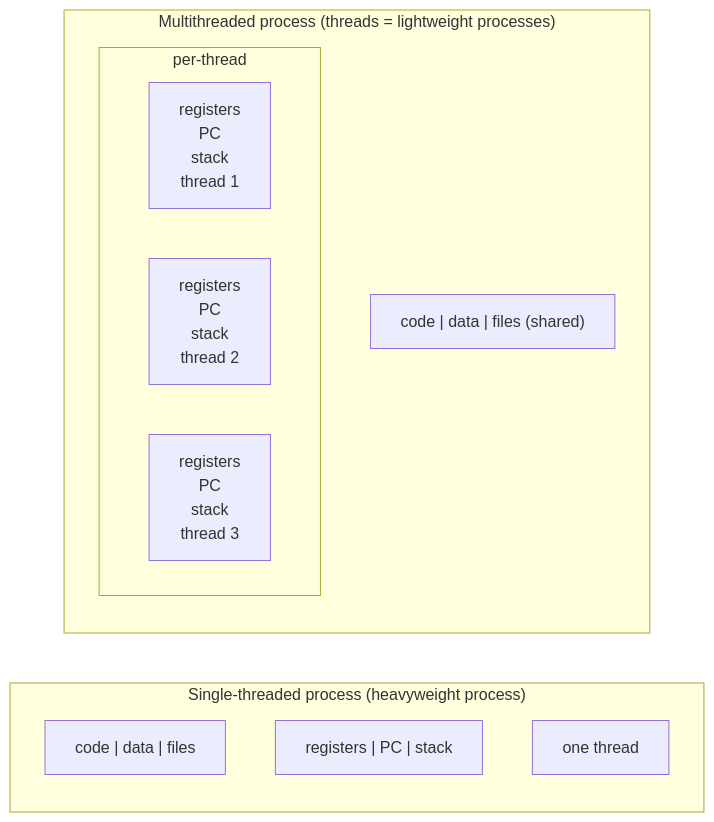
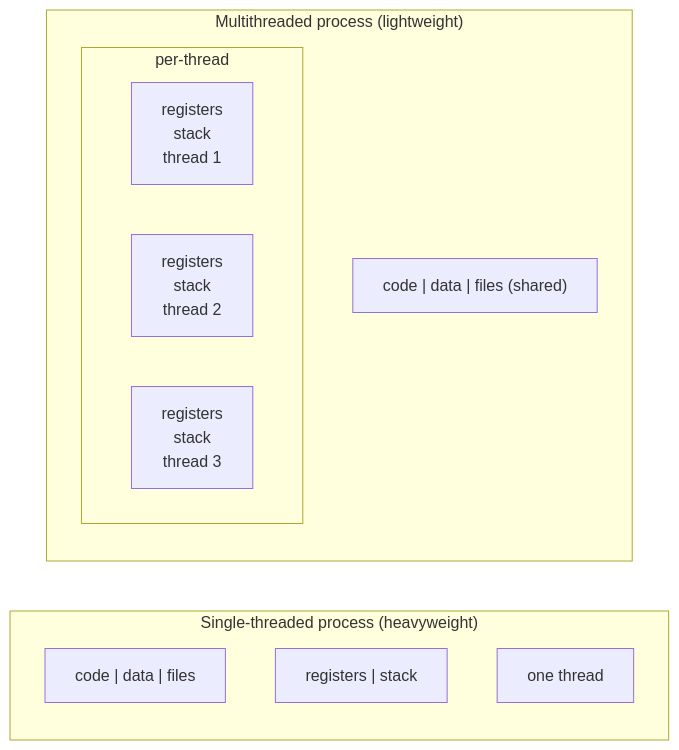
The second of 24 diagrams in README.md (Sharmaditya2k05/OS-T2), drawn with Mermaid before and after one commit. The commit also changed other lines of this file and 11 other files, not shown here.

````diff
--- a/README.md
+++ b/README.md
@@ -215,19 +234,19 @@
 ```mermaid
 flowchart LR
-    subgraph ST["Single-threaded process (heavyweight process)"]
+    subgraph ST["Single-threaded process (heavyweight)"]
         direction TB
         A1["code | data | files"]
-        A2["registers | PC | stack"]
+        A2["registers | stack"]
         A3["one thread"]
     end
-    subgraph MT["Multithreaded process (threads = lightweight processes)"]
+    subgraph MT["Multithreaded process (lightweight)"]
         direction TB
         B1["code | data | files (shared)"]
         subgraph TH["per-thread"]
             direction LR
-            X1["registers<br/>PC<br/>stack<br/>thread 1"]
-            X2["registers<br/>PC<br/>stack<br/>thread 2"]
-            X3["registers<br/>PC<br/>stack<br/>thread 3"]
+            X1["registers<br/>stack<br/>thread 1"]
+            X2["registers<br/>stack<br/>thread 2"]
+            X3["registers<br/>stack<br/>thread 3"]
         end
     end
 ```
````
